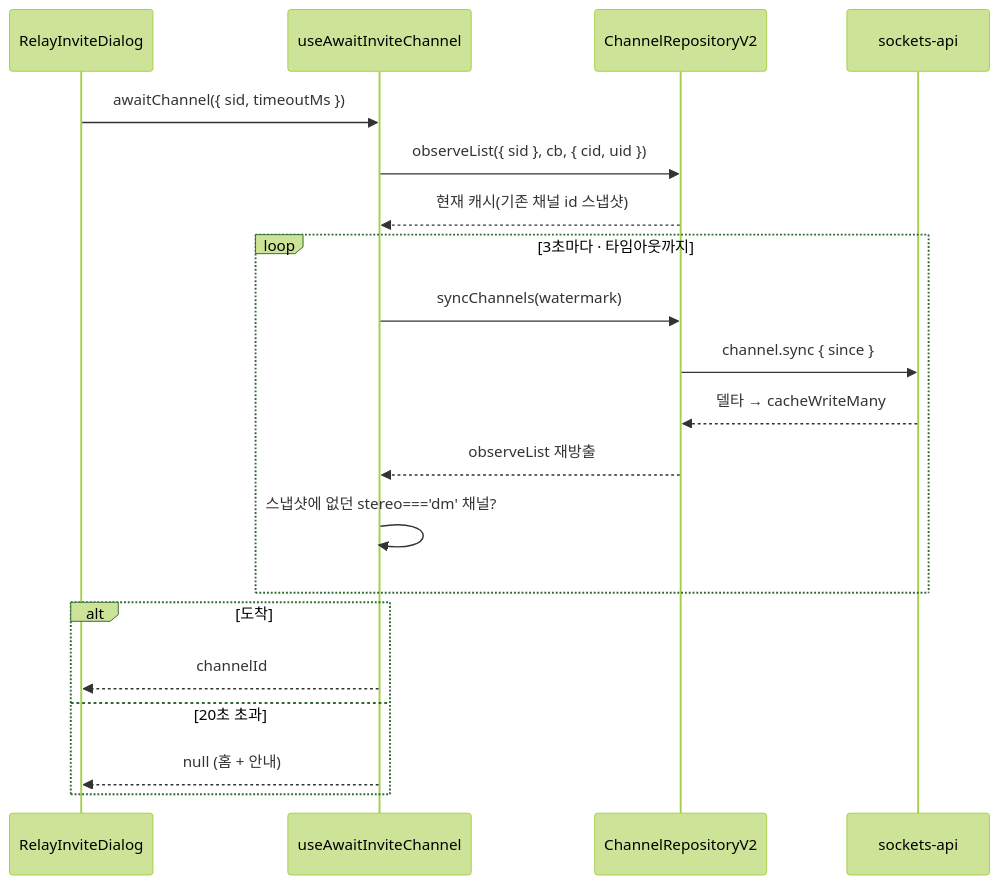
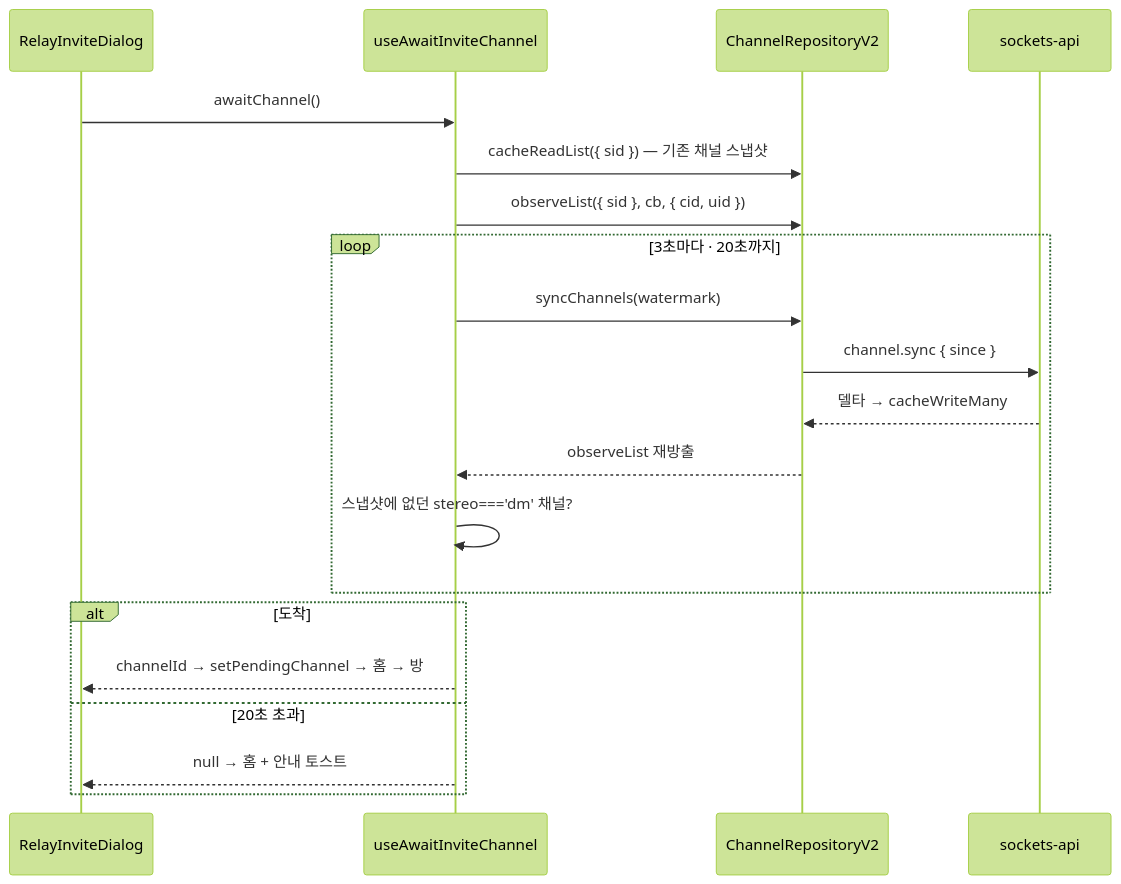
One commit to lemoncloud-io/dou-app changed the fourth of 4 diagrams in apps/web/docs/feature/invite/relay-invite-accept.md. Above: the diagram before and after it, drawn with Mermaid (forest theme). The commit also changed other lines of this file, not shown here.

````diff
--- a/apps/web/docs/feature/invite/relay-invite-accept.md
+++ b/apps/web/docs/feature/invite/relay-invite-accept.md
@@ -213,23 +214,23 @@
 ```mermaid
 sequenceDiagram
     participant UI as RelayInviteDialog
     participant H as useAwaitInviteChannel
     participant R as ChannelRepositoryV2
     participant S as sockets-api
 
-    UI->>H: awaitChannel({ sid, timeoutMs })
+    UI->>H: awaitChannel()
+    H->>R: cacheReadList({ sid }) — 기존 채널 스냅샷
     H->>R: observeList({ sid }, cb, { cid, uid })
-    R-->>H: 현재 캐시(기존 채널 id 스냅샷)
-    loop 3초마다 · 타임아웃까지
+    loop 3초마다 · 20초까지
         H->>R: syncChannels(watermark)
         R->>S: channel.sync { since }
         S-->>R: 델타 → cacheWriteMany
         R-->>H: observeList 재방출
         H->>H: 스냅샷에 없던 stereo==='dm' 채널?
     end
     alt 도착
-        H-->>UI: channelId
+        H-->>UI: channelId → setPendingChannel → 홈 → 방
     else 20초 초과
-        H-->>UI: null (홈 + 안내)
+        H-->>UI: null → 홈 + 안내 토스트
     end
 ```
````
